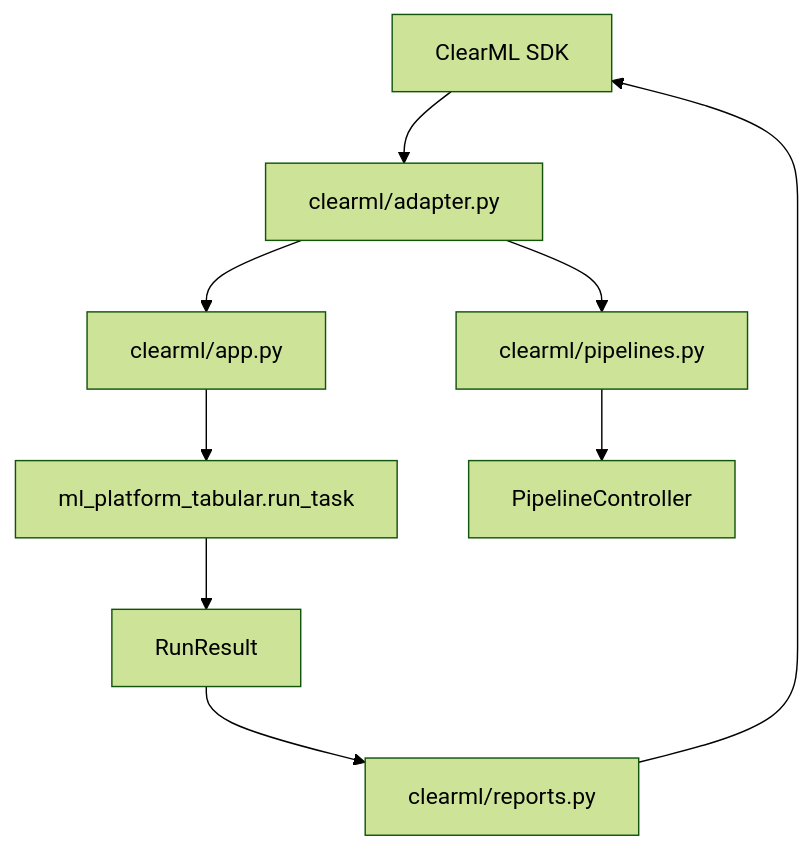
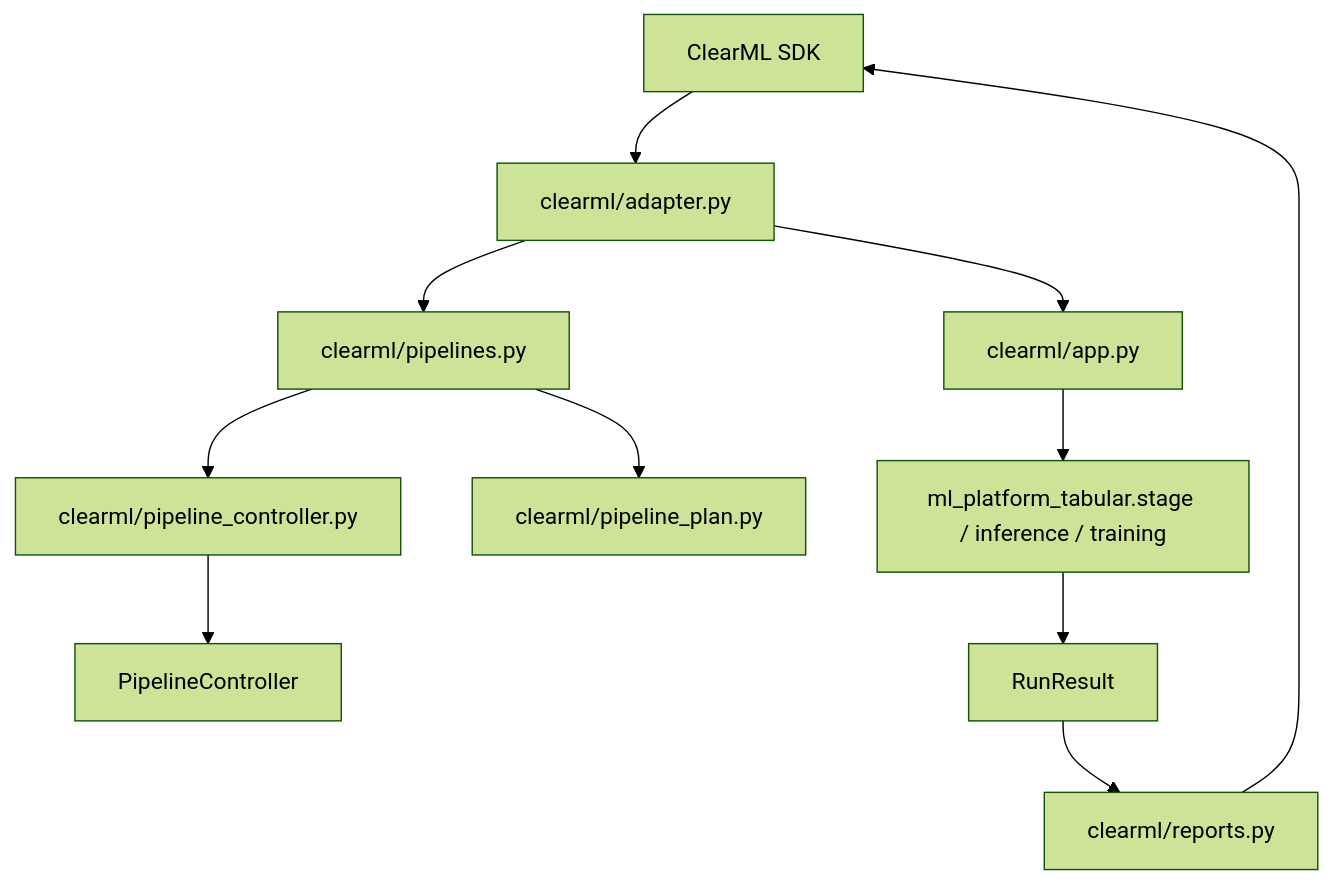
Before and after one commit to dkawa2523/ml_platform: the diagram in docs/ml_platform_mkdocs/docs/architecture/clearml-boundary.md, drawn with Mermaid (forest theme). The commit also changed other lines of this file and 118 other files, not shown here.

````diff
--- a/docs/ml_platform_mkdocs/docs/architecture/clearml-boundary.md
+++ b/docs/ml_platform_mkdocs/docs/architecture/clearml-boundary.md
@@ -7,11 +9,13 @@
 ```mermaid
 graph TB
   A[ClearML SDK] --> B[clearml/adapter.py]
   B --> C[clearml/app.py]
   B --> D[clearml/pipelines.py]
-  C --> E[ml_platform_tabular.run_task]
-  D --> F[PipelineController]
-  E --> G[RunResult]
-  G --> H[clearml/reports.py]
-  H --> A
+  C --> E[ml_platform_tabular.stage / inference / training]
+  D --> F[clearml/pipeline_plan.py]
+  D --> G[clearml/pipeline_controller.py]
+  G --> H[PipelineController]
+  E --> I[RunResult]
+  I --> J[clearml/reports.py]
+  J --> A
 ```
````
